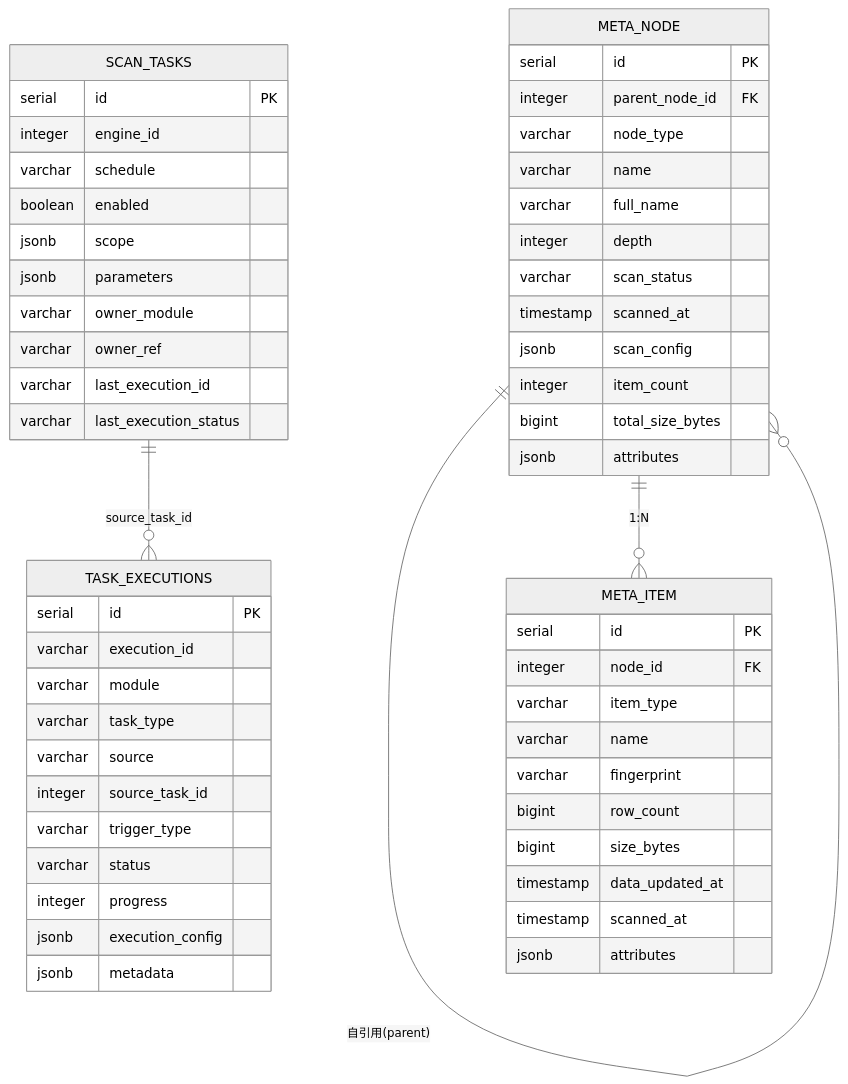
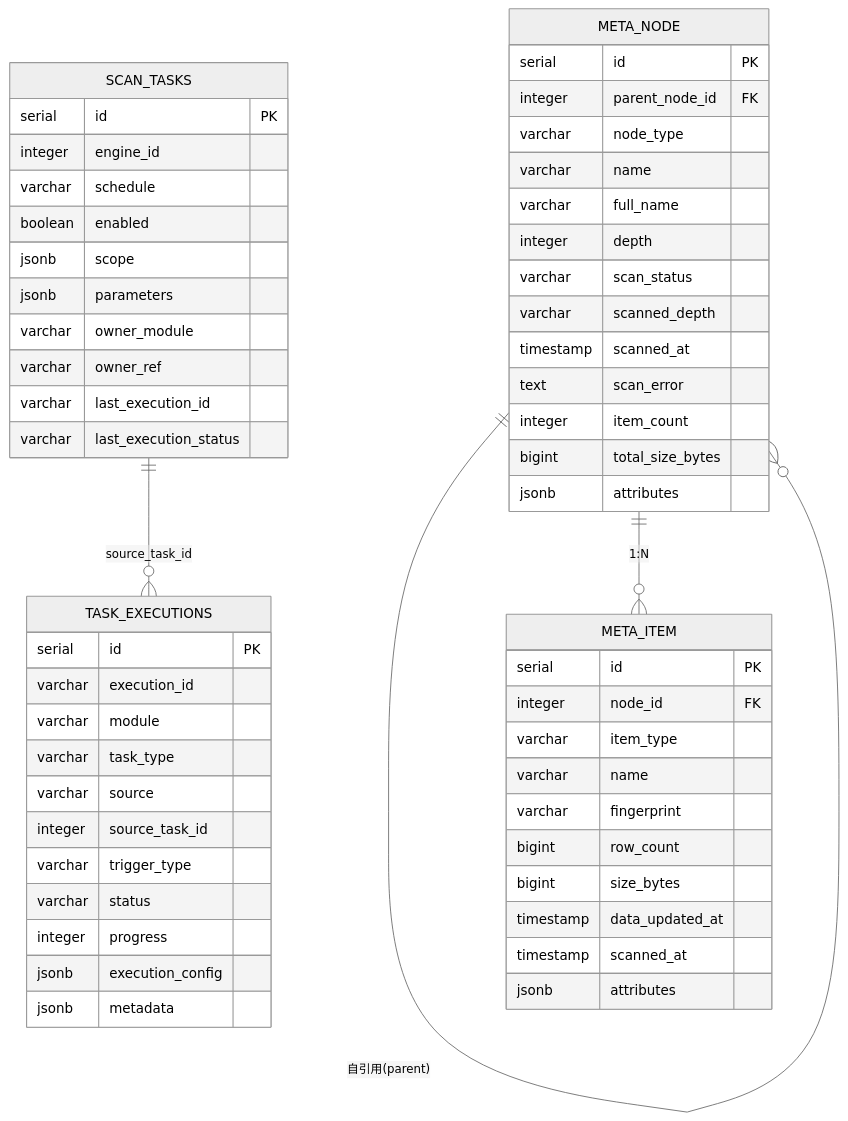
One commit to pampa0629/addp changed the diagram in meta/docs/数据库架构.md. Above: the diagram before and after it, drawn with Mermaid (neutral theme). The commit also changed other lines of this file and 84 other files, not shown here.

````diff
--- a/meta/docs/数据库架构.md
+++ b/meta/docs/数据库架构.md
@@ -31,61 +31,62 @@
 ```mermaid
 erDiagram
     META_NODE ||--o{ META_NODE : "自引用(parent)"
     META_NODE ||--o{ META_ITEM : "1:N"
     SCAN_TASKS ||--o{ TASK_EXECUTIONS : "source_task_id"
 
     META_NODE {
         serial id PK
         integer parent_node_id FK
         varchar node_type
         varchar name
         varchar full_name
         integer depth
         varchar scan_status
+        varchar scanned_depth
         timestamp scanned_at
-        jsonb scan_config
+        text scan_error
         integer item_count
         bigint total_size_bytes
         jsonb attributes
     }
 
     META_ITEM {
         serial id PK
         integer node_id FK
         varchar item_type
         varchar name
         varchar fingerprint
         bigint row_count
         bigint size_bytes
         timestamp data_updated_at
         timestamp scanned_at
         jsonb attributes
     }
 
     SCAN_TASKS {
         serial id PK
         integer engine_id
         varchar schedule
         boolean enabled
         jsonb scope
         jsonb parameters
         varchar owner_module
         varchar owner_ref
         varchar last_execution_id
         varchar last_execution_status
     }
 
     TASK_EXECUTIONS {
         serial id PK
         varchar execution_id
         varchar module
         varchar task_type
         varchar source
         integer source_task_id
         varchar trigger_type
         varchar status
         integer progress
         jsonb execution_config
         jsonb metadata
     }
 ```
````
